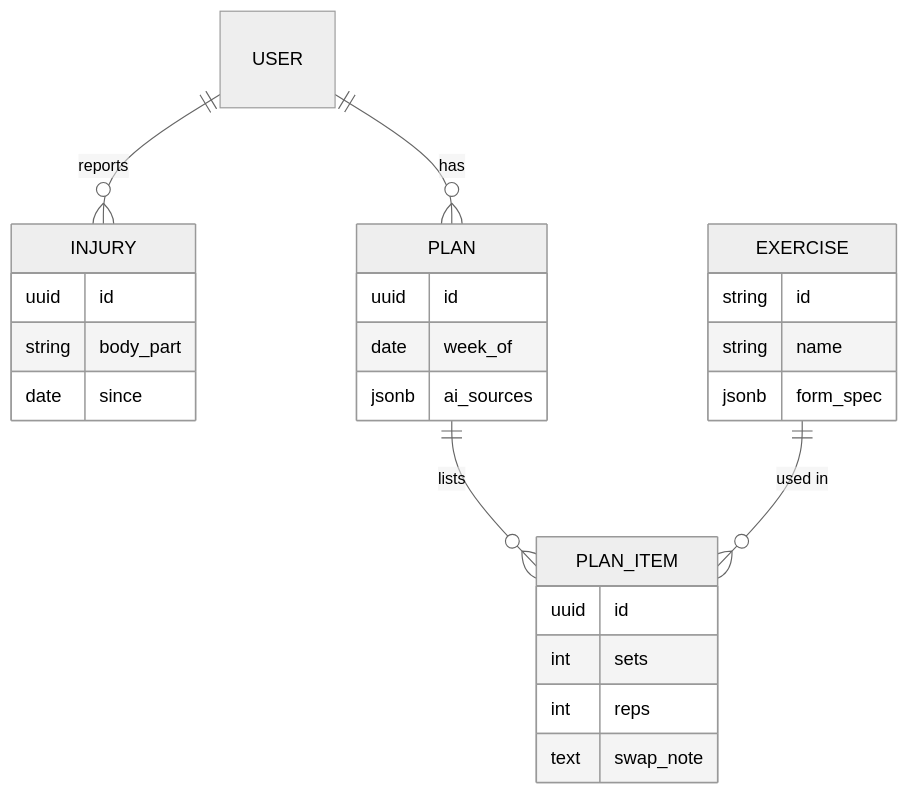
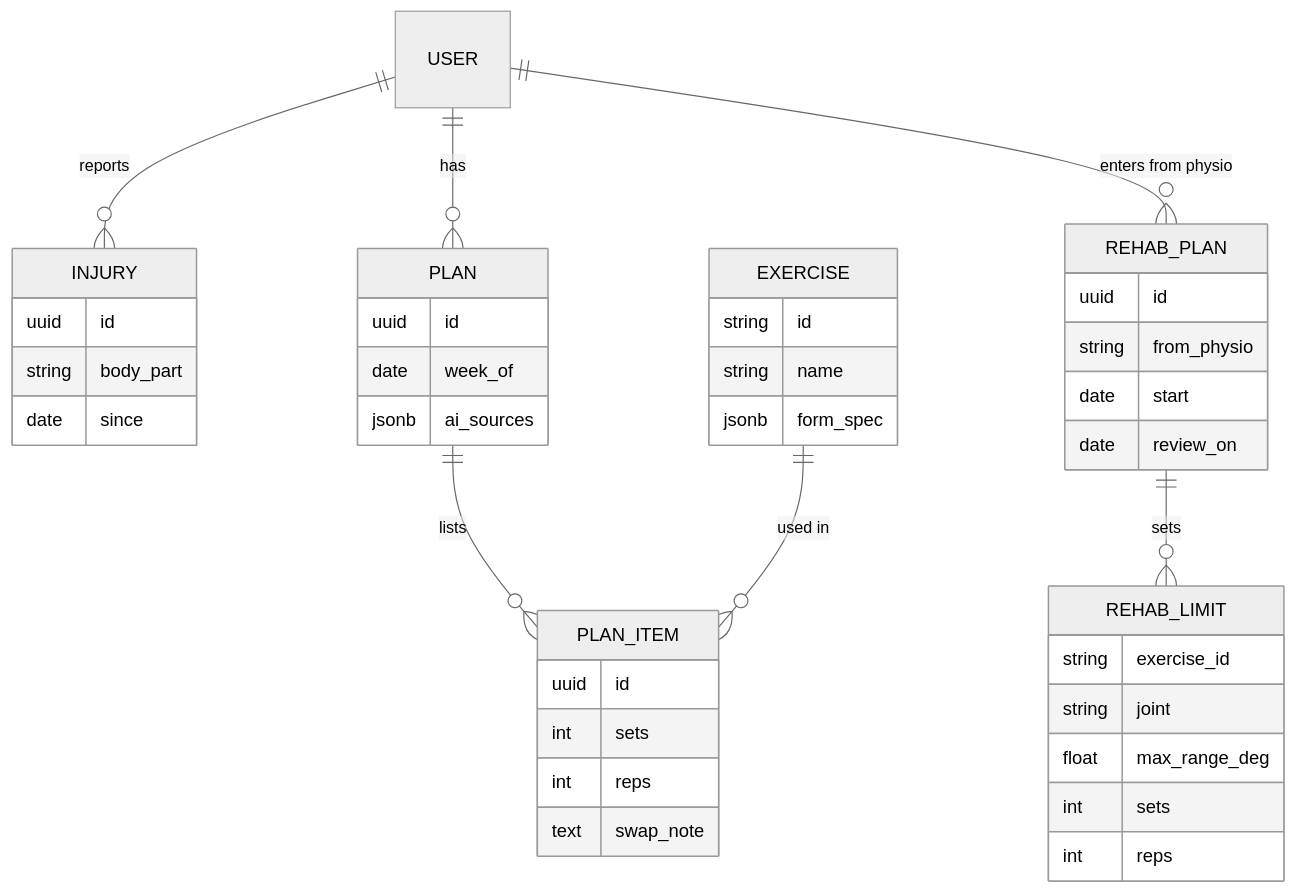
The ninth of 17 diagrams in Architecture.md (Del0m/KnightHacks2026), drawn with Mermaid (neutral theme) before and after one commit. The commit also changed other lines of this file and 61 other files, not shown here.

````diff
--- a/Architecture.md
+++ b/Architecture.md
@@ -383,11 +397,15 @@
 ```mermaid
 erDiagram
     USER ||--o{ INJURY : "reports"
     USER ||--o{ PLAN : "has"
     PLAN ||--o{ PLAN_ITEM : "lists"
     EXERCISE ||--o{ PLAN_ITEM : "used in"
+    USER ||--o{ REHAB_PLAN : "enters from physio"
+    REHAB_PLAN ||--o{ REHAB_LIMIT : "sets"
+    REHAB_PLAN { uuid id string from_physio date start date review_on }
+    REHAB_LIMIT { string exercise_id string joint float max_range_deg int sets int reps }
     INJURY { uuid id string body_part date since }
     PLAN { uuid id date week_of jsonb ai_sources }
     PLAN_ITEM { uuid id int sets int reps text swap_note }
     EXERCISE { string id string name jsonb form_spec }
 ```
````
